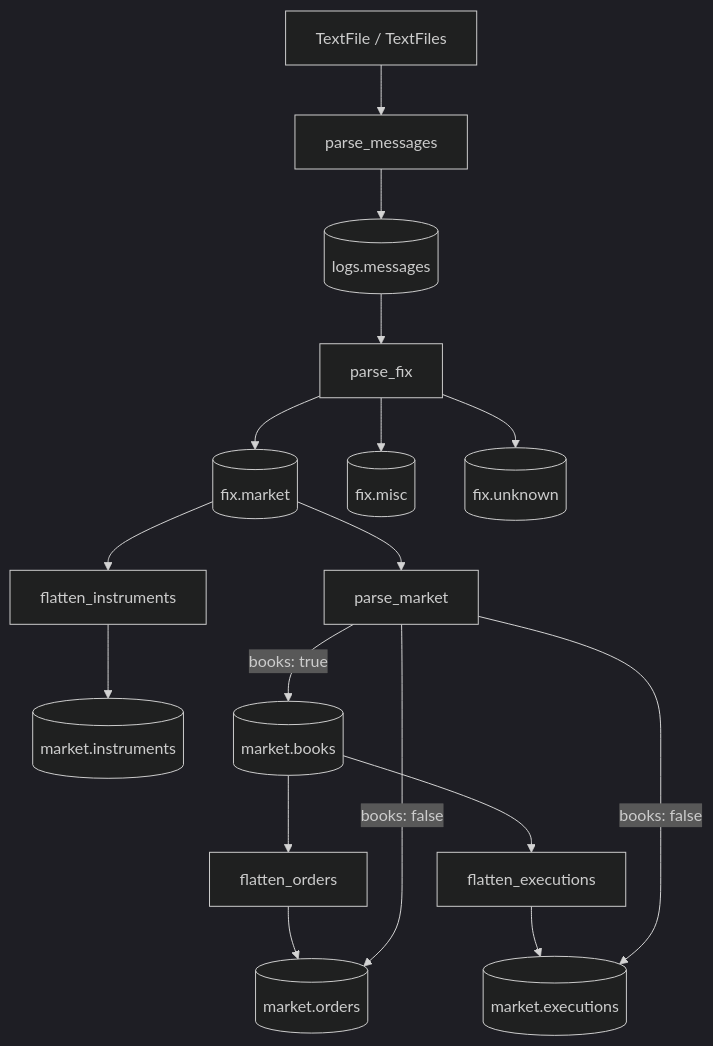
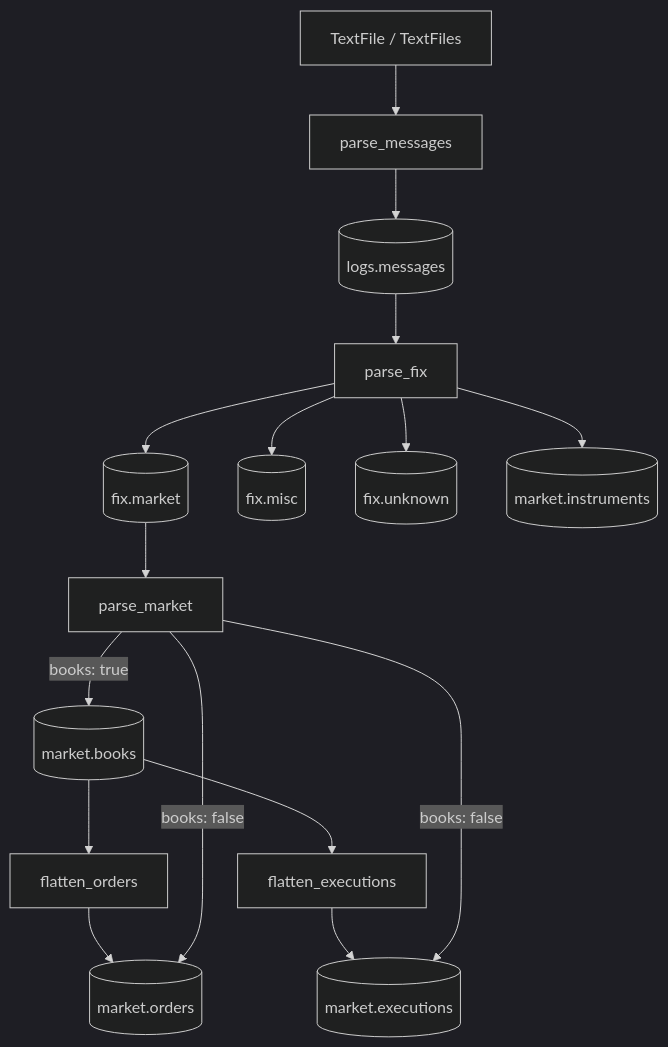
One commit to Platob/yggfin changed the diagram in docs/index.md. Above: the diagram before and after it, drawn with Mermaid (dark theme). The commit also changed 50 other files, not shown here.

````diff
--- a/docs/index.md
+++ b/docs/index.md
@@ -46,16 +46,16 @@
 ```mermaid
 flowchart TD
     L[TextFile / TextFiles] --> PM[parse_messages]
     PM --> M[(logs.messages)]
     M --> PF[parse_fix]
     PF --> FM[(fix.market)]
     PF --> FX[(fix.misc)]
     PF --> FU[(fix.unknown)]
-    FM --> FI[flatten_instruments] --> I[(market.instruments)]
+    PF --> I[(market.instruments)]
     FM --> PK[parse_market]
     PK -->|books: true| B[(market.books)]
     B --> FO[flatten_orders] --> O[(market.orders)]
     B --> FE[flatten_executions] --> E[(market.executions)]
     PK -->|books: false| O
     PK -->|books: false| E
 ```
````
